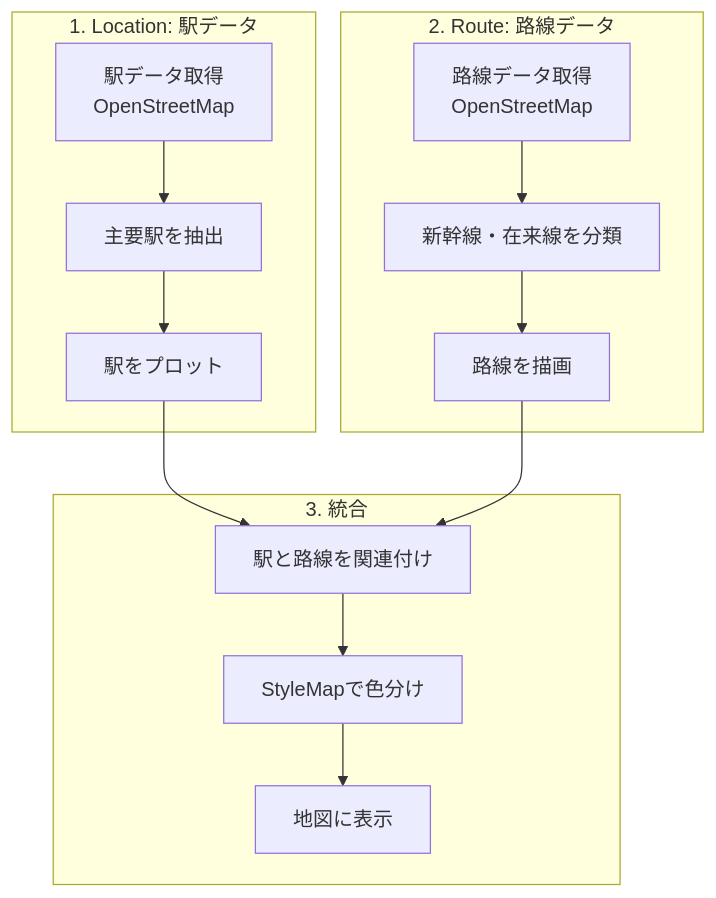
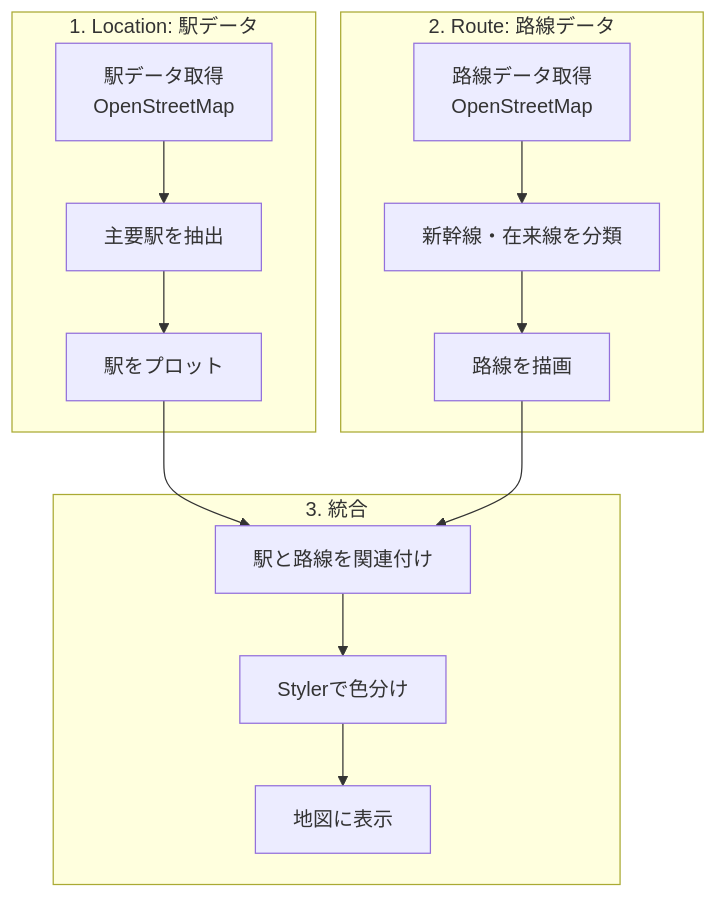
The eighth of 10 diagrams in docs/USER_MANUAL_COMPREHENSIVE/01_BASIC_USER_GUIDE.md (kubohiroya/hierarchidb), drawn with Mermaid before and after one commit. The commit also changed other lines of this file and 267 other files, not shown here.

````diff
--- a/docs/USER_MANUAL_COMPREHENSIVE/01_BASIC_USER_GUIDE.md
+++ b/docs/USER_MANUAL_COMPREHENSIVE/01_BASIC_USER_GUIDE.md
@@ -266,24 +266,24 @@
 ```mermaid
 graph TB
     subgraph "1. Location: 駅データ"
         L1[駅データ取得<br/>OpenStreetMap]
         L2[主要駅を抽出]
         L3[駅をプロット]
     end
     
     subgraph "2. Route: 路線データ"
         R1[路線データ取得<br/>OpenStreetMap]
         R2[新幹線・在来線を分類]
         R3[路線を描画]
     end
     
     subgraph "3. 統合"
         I1[駅と路線を関連付け]
-        I2[StyleMapで色分け]
+        I2[Stylerで色分け]
         I3[地図に表示]
     end
     
     L1 --> L2 --> L3 --> I1
     R1 --> R2 --> R3 --> I1
     I1 --> I2 --> I3
 ```
````
